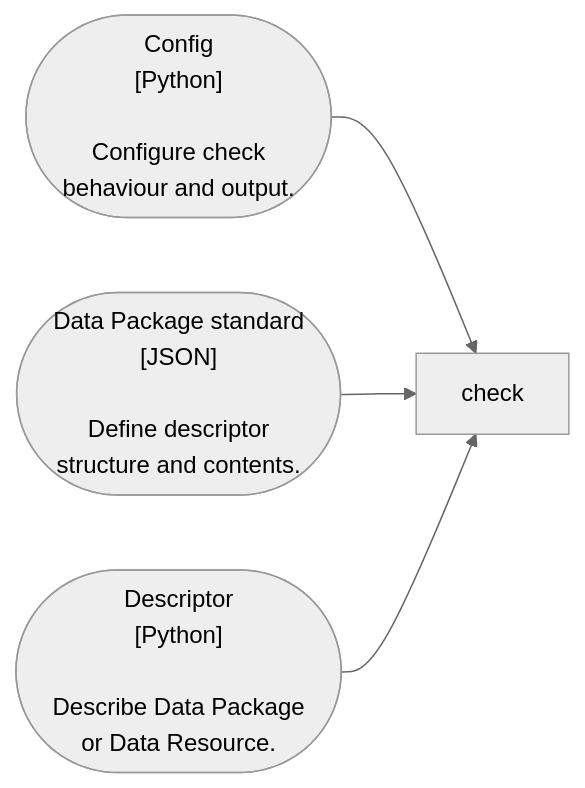
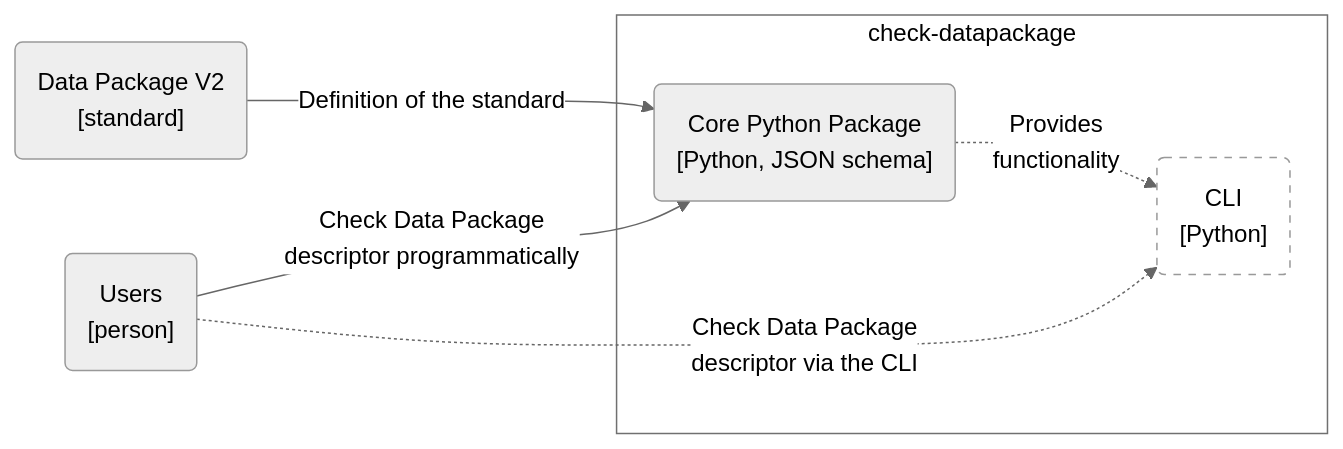
One commit to seedcase-project/check-datapackage changed the second of 2 diagrams in docs/design/architecture.qmd. Above: the diagram before and after it, drawn with Mermaid (neutral theme). The commit also changed other lines of this file, not shown here.

Commit message:
docs: :memo: update c4 container diagram (#130)
# Description

I've updated the C4 container diagram so the containers are the core
Python package and a future CLI.
I've also updated the text explaining what a container diagram is.

Related to #46

Needs an in-depth review.

## Checklist

- [X] Formatted Markdown
- [X] Ran `just run-all`

````diff
--- a/docs/design/architecture.qmd
+++ b/docs/design/architecture.qmd
@@ -118,13 +124,23 @@
 ```{mermaid}
 %%| label: fig-c4-container
-%%| fig-cap: "C4 Container diagram showing larger parts of `check-datapackage` and their connections."
+%%| fig-cap: "C4 container diagram showing the core Python package in `check-datapackage` and the future command line interface (displayed dashed)."
 flowchart LR
-    ext_dp_schema(["Data Package standard<br>[JSON]<br><br>Define descriptor<br>structure and contents."])
-    in_dp_json(["Descriptor<br>[Python]<br><br>Describe Data Package<br>or Data Resource."])
-    config(["Config<br>[Python]<br><br>Configure check<br>behaviour and output."])
-    check
 
-    config --> check
-    ext_dp_schema --> check
-    in_dp_json --> check
+    users("Users<br>[person]")
+    dp_standard("Data Package V2<br>[standard]")
+
+    subgraph "check-datapackage"
+        python("Core Python Package<br>[Python, JSON schema]")
+        cli("CLI<br>[Python]")
+
+    python -. "Provides<br>functionality" .-> cli
+    end
+
+    dp_standard --"Definition of the standard"--> python
+    users --"Check Data Package<br>descriptor programmatically"--> python
+    users -. "Check Data Package<br>descriptor via the CLI" .-> cli
+
+    %% Styling
+    style check-datapackage fill:#FFFFFF, color:#000000
+    style cli fill:#FFFFFF, stroke-dasharray: 5 5
 ```
````
